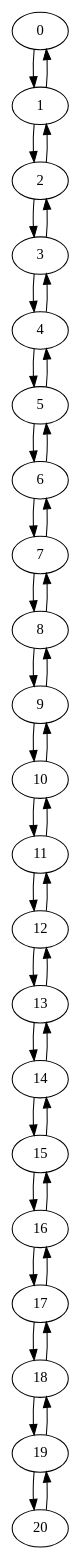
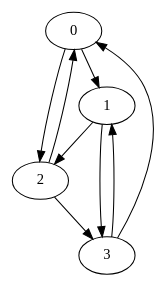
Before and after one commit to nitishcseiit/code: the diagram in Diameter/theInputGraph.gv, drawn with Graphviz. The commit also changed 16 other files, not shown here.

```diff
--- a/Diameter/theInputGraph.gv
+++ b/Diameter/theInputGraph.gv
@@ -1,42 +1,10 @@
 digraph G1 {
 0 -> 1;
+0 -> 2;
 1 -> 2;
+1 -> 3;
+2 -> 0;
 2 -> 3;
-3 -> 4;
-4 -> 5;
-5 -> 6;
-6 -> 7;
-7 -> 8;
-8 -> 9;
-9 -> 10;
-10 -> 11;
-11 -> 12;
-12 -> 13;
-13 -> 14;
-14 -> 15;
-15 -> 16;
-16 -> 17;
-17 -> 18;
-18 -> 19;
-19 -> 20;
-20 -> 19;
-19 -> 18;
-18 -> 17;
-17 -> 16;
-16 -> 15;
-15 -> 14;
-14 -> 13;
-13 -> 12;
-12 -> 11;
-11 -> 10;
-10 -> 9;
-9 -> 8;
-8 -> 7;
-7 -> 6;
-6 -> 5;
-5 -> 4;
-4 -> 3;
-3 -> 2;
-2 -> 1;
-1 -> 0;
+3 -> 1;
+3 -> 0;
 }
```
